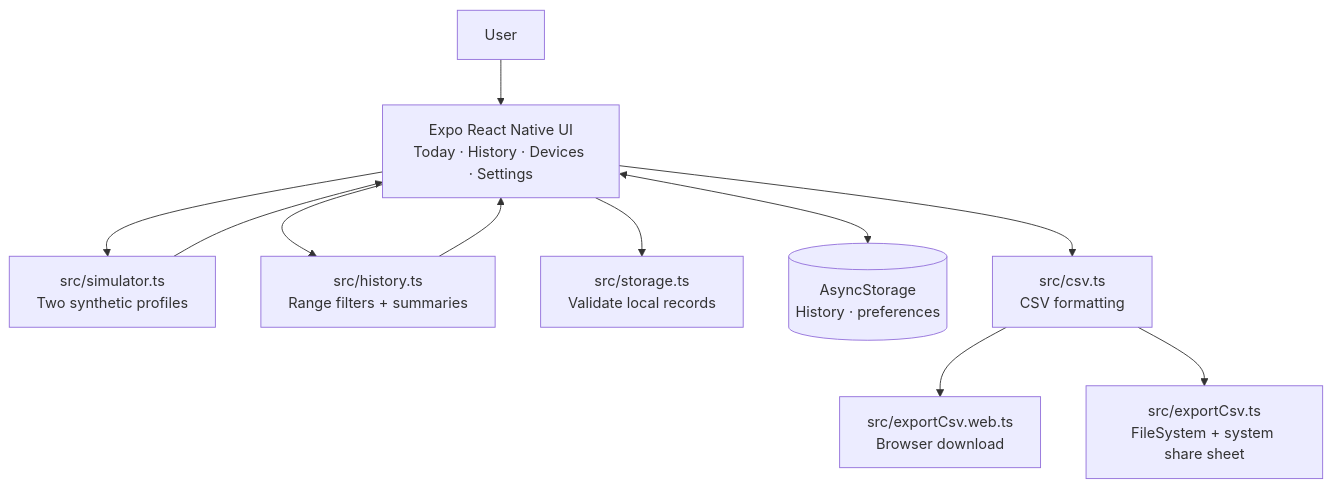
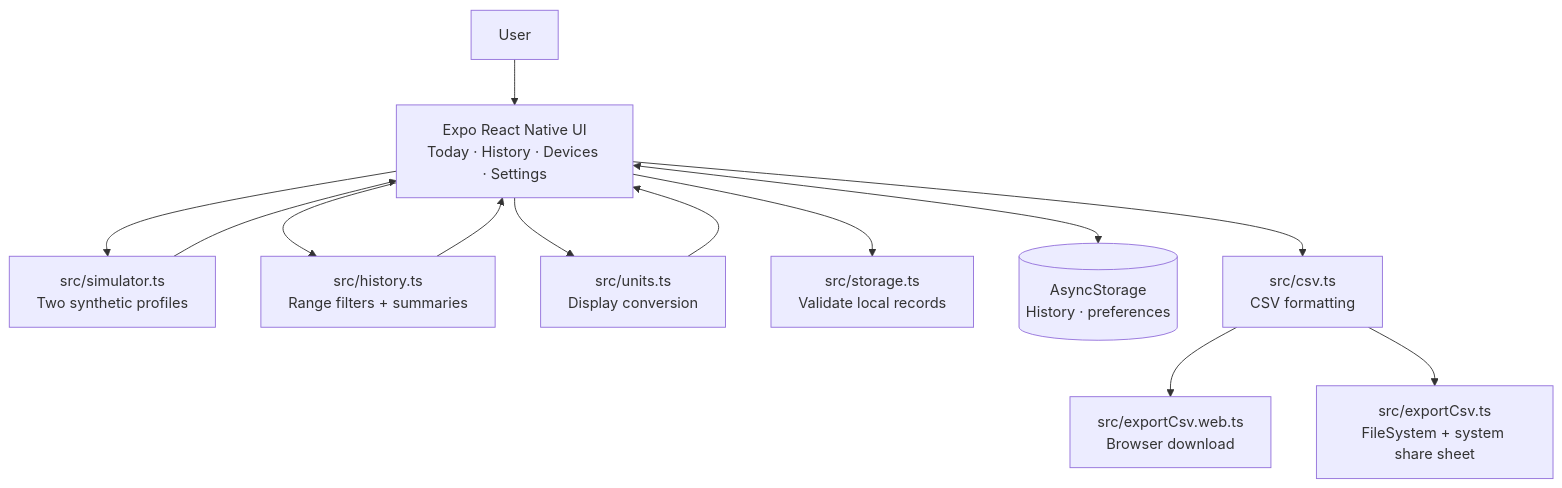
The diagram in docs/ARCHITECTURE.md (22304516/wearable-companion), drawn with Mermaid before and after one commit. The commit also changed other lines of this file and 11 other files, not shown here.

````diff
--- a/docs/ARCHITECTURE.md
+++ b/docs/ARCHITECTURE.md
@@ -12,23 +12,26 @@
 ```mermaid
 flowchart TD
   User[User]
   UI[Expo React Native UI<br/>Today · History · Devices · Settings]
   Sim[src/simulator.ts<br/>Two synthetic profiles]
   History[src/history.ts<br/>Range filters + summaries]
+  Units[src/units.ts<br/>Display conversion]
   Store[src/storage.ts<br/>Validate local records]
   Local[(AsyncStorage<br/>History · preferences)]
   CSV[src/csv.ts<br/>CSV formatting]
   Web[src/exportCsv.web.ts<br/>Browser download]
   Native[src/exportCsv.ts<br/>FileSystem + system share sheet]
 
   User --> UI
   UI --> Sim
   Sim --> UI
   UI --> History
   History --> UI
+  UI --> Units
+  Units --> UI
   UI --> Store
   UI <--> Local
   UI --> CSV
   CSV --> Web
   CSV --> Native
 ```
````
